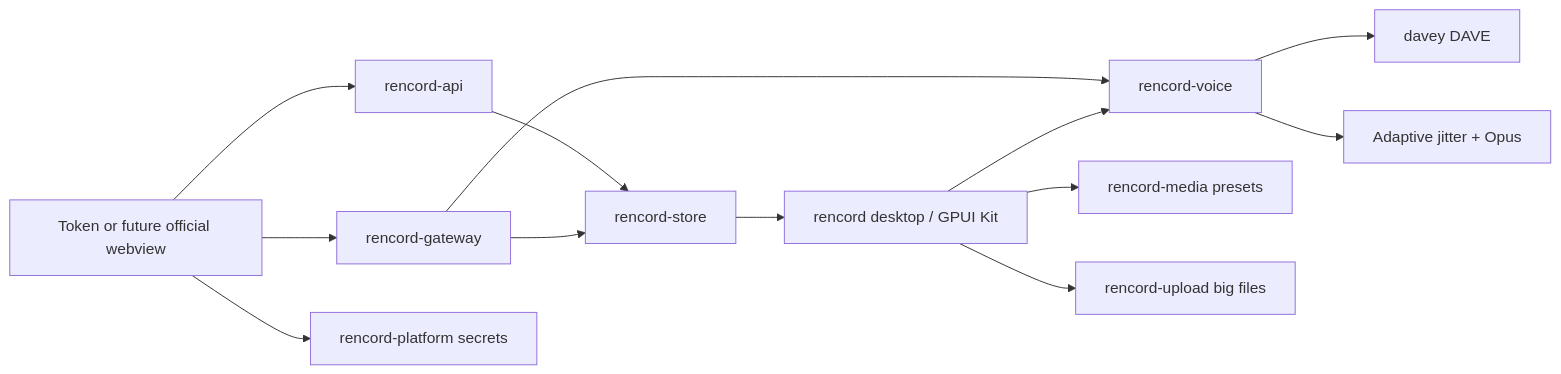
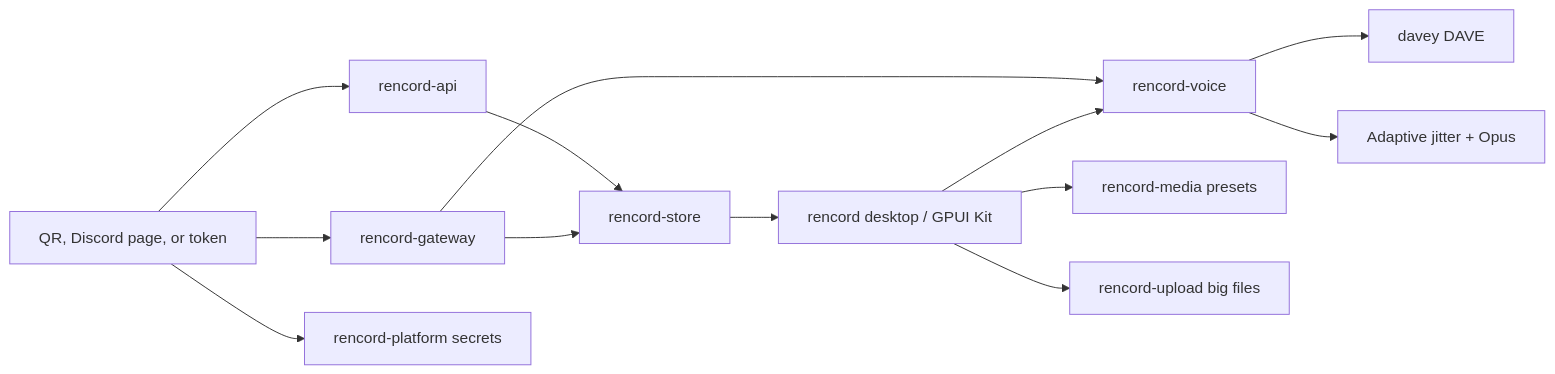
One commit to Rabellion/Rencord changed the diagram in README.md. Above: the diagram before and after it, drawn with Mermaid. The commit also changed other lines of this file and 31 other files, not shown here.

First line of the commit message:
Replace token paste with QR login, Discord's page, and the OS keychain.

````diff
--- a/README.md
+++ b/README.md
@@ -219,15 +227,15 @@
 ```mermaid
 flowchart LR
-  login["Token or future official webview"] --> api["rencord-api"]
+  login["QR, Discord page, or token"] --> api["rencord-api"]
   login --> gw["rencord-gateway"]
   api --> store["rencord-store"]
   gw --> store
   store --> ui["rencord desktop / GPUI Kit"]
   gw --> voice["rencord-voice"]
   ui --> voice
   voice --> dave["davey DAVE"]
   voice --> jitter["Adaptive jitter + Opus"]
   ui --> media["rencord-media presets"]
   ui --> upload["rencord-upload big files"]
   login --> platform["rencord-platform secrets"]
 ```
````
